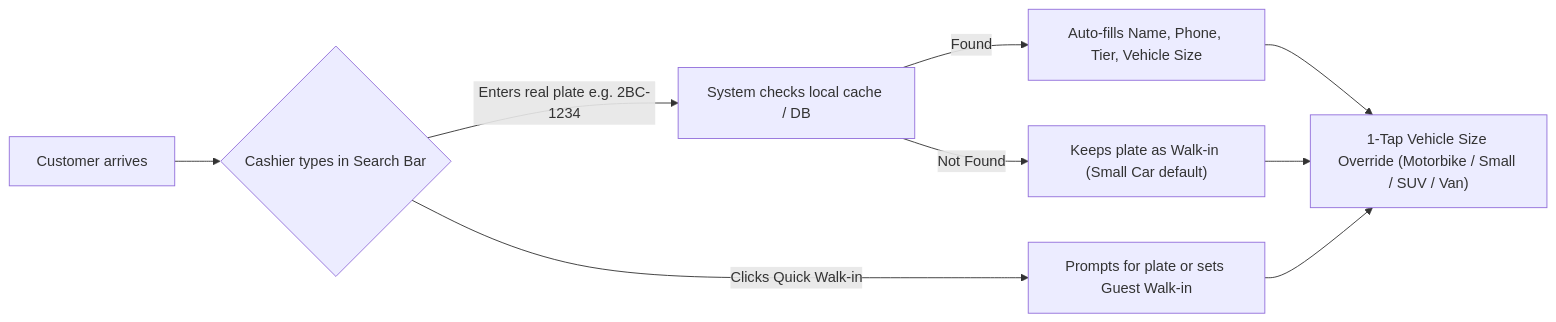
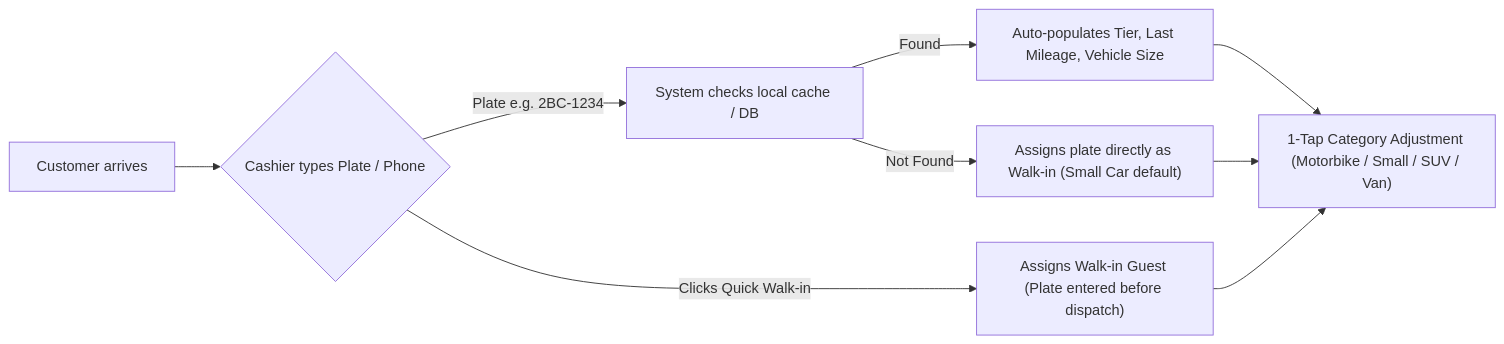
The first of 2 diagrams in POS-NEW-CHECKOUT-DESIGN.md (Tiffy-gif/Car-WashService), drawn with Mermaid before and after one commit. The commit also changed other lines of this file and 5 other files, not shown here.

````diff
--- a/POS-NEW-CHECKOUT-DESIGN.md
+++ b/POS-NEW-CHECKOUT-DESIGN.md
@@ -73,11 +90,11 @@
 ```mermaid
 flowchart LR
-    A["Customer arrives"] --> B{"Cashier types in Search Bar"}
-    B -->|Enters real plate e.g. 2BC-1234| C["System checks local cache / DB"]
-    C -->|Found| D["Auto-fills Name, Phone, Tier, Vehicle Size"]
-    C -->|Not Found| E["Keeps plate as Walk-in (Small Car default)"]
-    B -->|Clicks Quick Walk-in| F["Prompts for plate or sets Guest Walk-in"]
-    D --> G["1-Tap Vehicle Size Override (Motorbike / Small / SUV / Van)"]
+    A["Customer arrives"] --> B{"Cashier types Plate / Phone"}
+    B -->|Plate e.g. 2BC-1234| C["System checks local cache / DB"]
+    C -->|Found| D["Auto-populates Tier, Last Mileage, Vehicle Size"]
+    C -->|Not Found| E["Assigns plate directly as Walk-in (Small Car default)"]
+    B -->|Clicks Quick Walk-in| F["Assigns Walk-in Guest (Plate entered before dispatch)"]
+    D --> G["1-Tap Category Adjustment (Motorbike / Small / SUV / Van)"]
     E --> G
     F --> G
 ```
````
